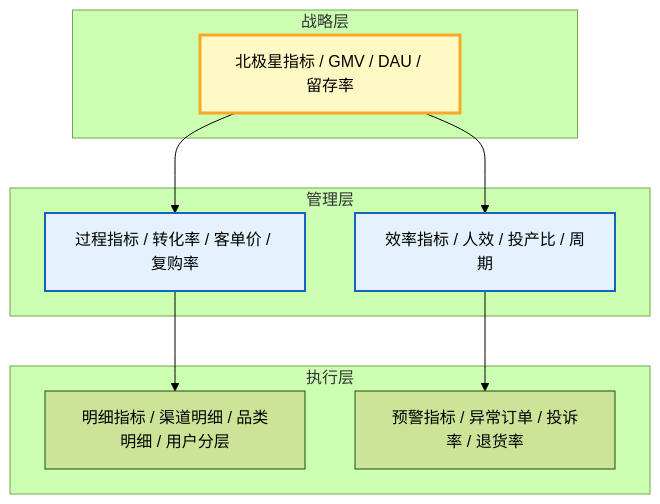
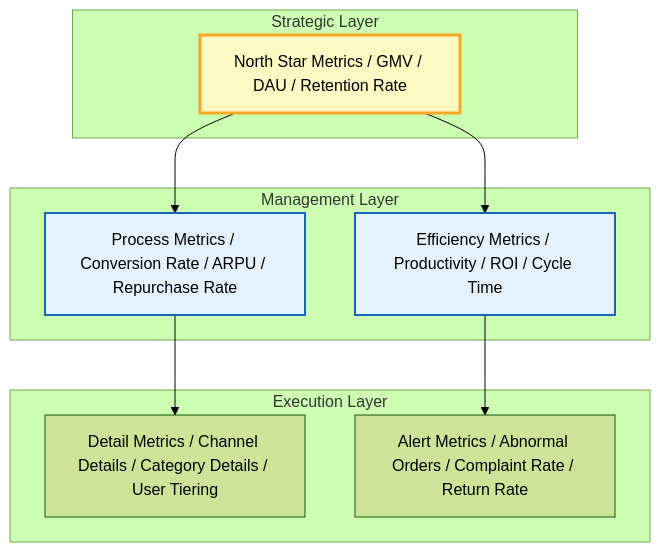
One commit to Kirky-X/cangjie changed the second of 9 diagrams in templates/产品/运营层/【模板】数据看板.md. Above: the diagram before and after it, drawn with Mermaid (forest theme). The commit also changed other lines of this file and 60 other files, not shown here.

````diff
--- a/templates/产品/运营层/【模板】数据看板.md
+++ b/templates/产品/运营层/【模板】数据看板.md
@@ -96,27 +94,25 @@
 ```mermaid
-
-
 flowchart TD
-    subgraph "战略层"
-        S1["北极星指标 / GMV / DAU / 留存率"]
+    subgraph "Strategic Layer"
+        S1["North Star Metrics / GMV / DAU / Retention Rate"]
     end
 
-    subgraph "管理层"
-        M1["过程指标 / 转化率 / 客单价 / 复购率"]
-        M2["效率指标 / 人效 / 投产比 / 周期"]
+    subgraph "Management Layer"
+        M1["Process Metrics / Conversion Rate / ARPU / Repurchase Rate"]
+        M2["Efficiency Metrics / Productivity / ROI / Cycle Time"]
     end
 
-    subgraph "执行层"
-        E1["明细指标 / 渠道明细 / 品类明细 / 用户分层"]
-        E2["预警指标 / 异常订单 / 投诉率 / 退货率"]
+    subgraph "Execution Layer"
+        E1["Detail Metrics / Channel Details / Category Details / User Tiering"]
+        E2["Alert Metrics / Abnormal Orders / Complaint Rate / Return Rate"]
     end
 
     S1 --> M1
     S1 --> M2
     M1 --> E1
     M2 --> E2
 
     style S1 fill:#fff9c4,stroke:#f9a825,stroke-width:3px
     style M1 fill:#e3f2fd,stroke:#1565c0,stroke-width:2px
     style M2 fill:#e3f2fd,stroke:#1565c0,stroke-width:2px
 ```
````
